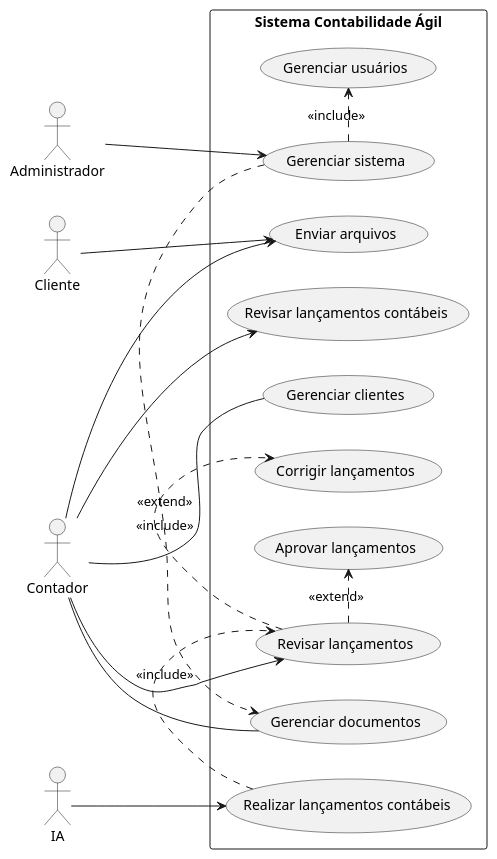
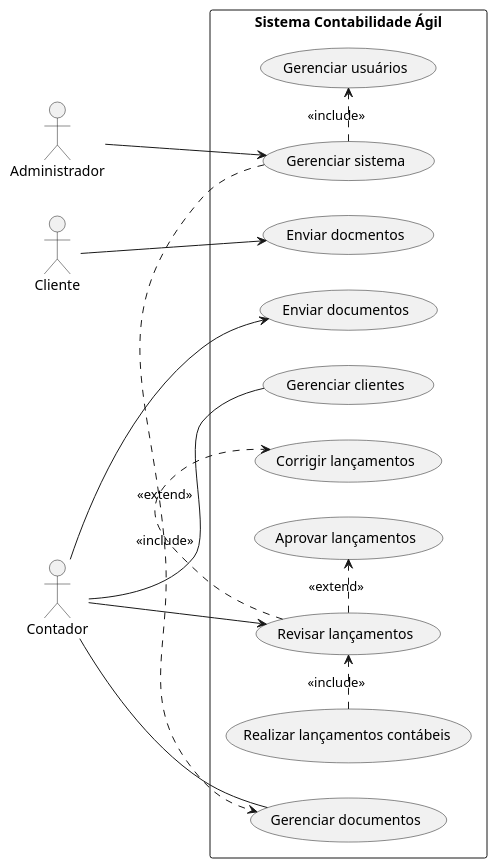
Before and after one commit to Engenharia-de-Software-Fatec/eng-softII-2026: the diagram in docs/diagramas/caso-de-uso.puml, drawn with PlantUML.

```diff
--- a/docs/diagramas/caso-de-uso.puml
+++ b/docs/diagramas/caso-de-uso.puml
@@ -1,33 +1,31 @@
 @startuml
 left to right direction
 
 actor Administrador
 actor Cliente
 actor Contador
-actor IA
+
 
 rectangle "Sistema Contabilidade Ágil" {
 
   Administrador --> (Gerenciar sistema)
 
-  Cliente --> (Enviar arquivos)
+  Cliente --> (Enviar docmentos)
 
-  Contador --> (Enviar arquivos)
-  Contador --> (Revisar lançamentos contábeis)
+  Contador --> (Enviar documentos)
   Contador --> (Revisar lançamentos)
   Contador -- (Gerenciar clientes)
   Contador -- (Gerenciar documentos)
 
-  IA --> (Realizar lançamentos contábeis)
 
   (Revisar lançamentos) .> (Aprovar lançamentos) : <<extend>>
   (Revisar lançamentos) .> (Corrigir lançamentos) : <<extend>>
 
   (Realizar lançamentos contábeis) .> (Revisar lançamentos) : <<include>>
 
   (Gerenciar sistema) .> (Gerenciar usuários) : <<include>>
   (Gerenciar sistema) .> (Gerenciar documentos) : <<include>>
 
 }
 
 @enduml
```
